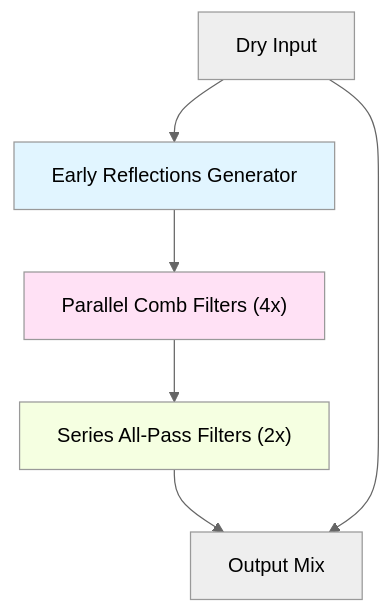
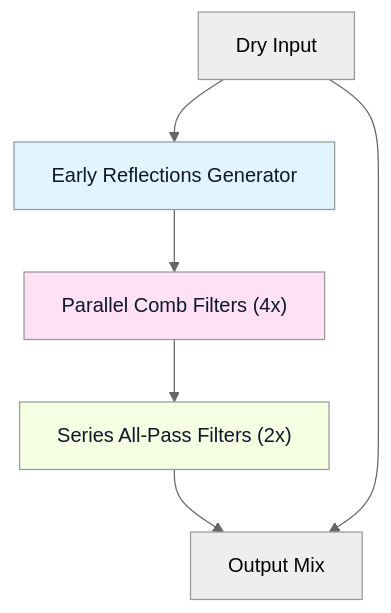
One commit to blebleblee/synapse changed the fifth of 10 diagrams in topics/arts/music_production/beatmaking/lesson_04_dynamics_space_production_context.md. Above: the diagram before and after it, drawn with Mermaid (neutral theme). The commit also changed other lines of this file and 1464 other files, not shown here.

Commit message:
feat(release): curriculum vector mermaid upgrade, render hardening, and master synpack

````diff
--- a/topics/arts/music_production/beatmaking/lesson_04_dynamics_space_production_context.md
+++ b/topics/arts/music_production/beatmaking/lesson_04_dynamics_space_production_context.md
@@ -165,12 +165,12 @@
 ```mermaid
 graph TD
     A["Dry Input"] --> B["Early Reflections Generator"]
     B --> C["Parallel Comb Filters (4x)"]
     C --> D["Series All-Pass Filters (2x)"]
     D --> E["Output Mix"]
     A --> E
     
-    style B fill:#e1f5ff
-    style C fill:#ffe1f5
-    style D fill:#f5ffe1
+    style B fill:#e1f5ff,color:#0f172a
+    style C fill:#ffe1f5,color:#0f172a
+    style D fill:#f5ffe1,color:#0f172a
 ```
````
